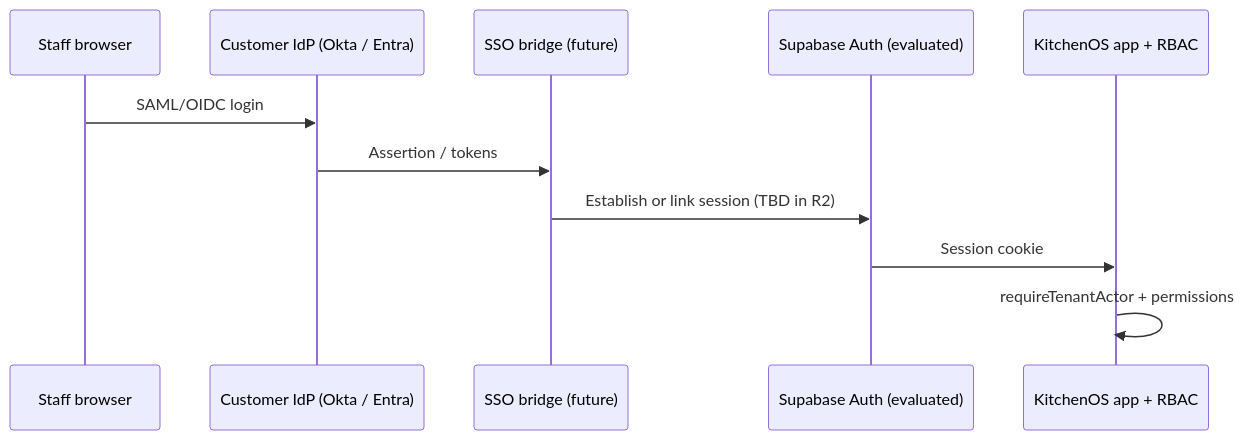
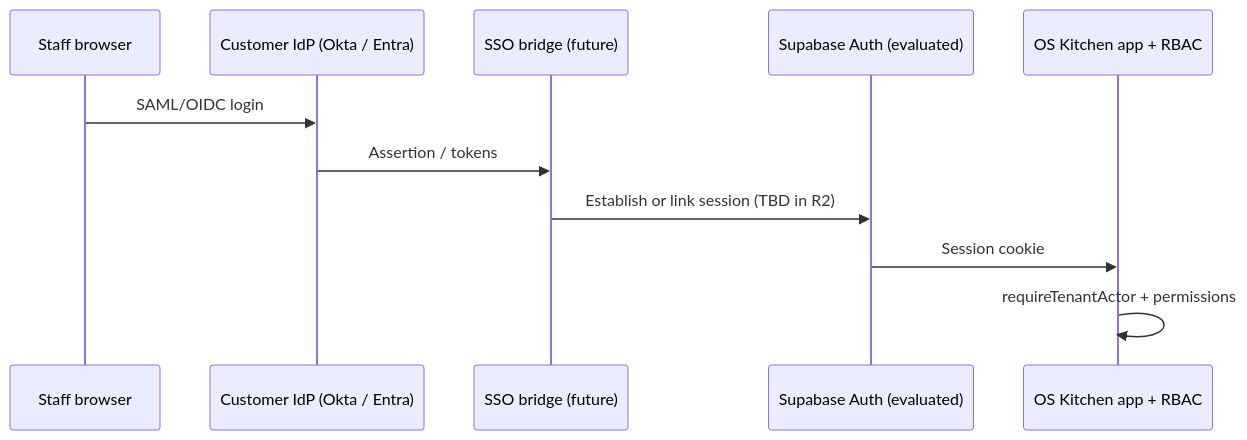
One commit to dmytromorozmtl/oskitchen changed the diagram in docs/enterprise-sso-architecture-spike-r1.md. Above: the diagram before and after it, drawn with Mermaid. The commit also changed other lines of this file and 529 other files, not shown here.

````diff
--- a/docs/enterprise-sso-architecture-spike-r1.md
+++ b/docs/enterprise-sso-architecture-spike-r1.md
@@ -53,14 +53,14 @@
 ```mermaid
 sequenceDiagram
   participant User as Staff browser
   participant IdP as Customer IdP (Okta / Entra)
   participant Bridge as SSO bridge (future)
   participant Supa as Supabase Auth (evaluated)
-  participant KOS as KitchenOS app + RBAC
+  participant KOS as OS Kitchen app + RBAC
 
   User->>IdP: SAML/OIDC login
   IdP->>Bridge: Assertion / tokens
   Bridge->>Supa: Establish or link session (TBD in R2)
   Supa->>KOS: Session cookie
   KOS->>KOS: requireTenantActor + permissions
 ```
````
